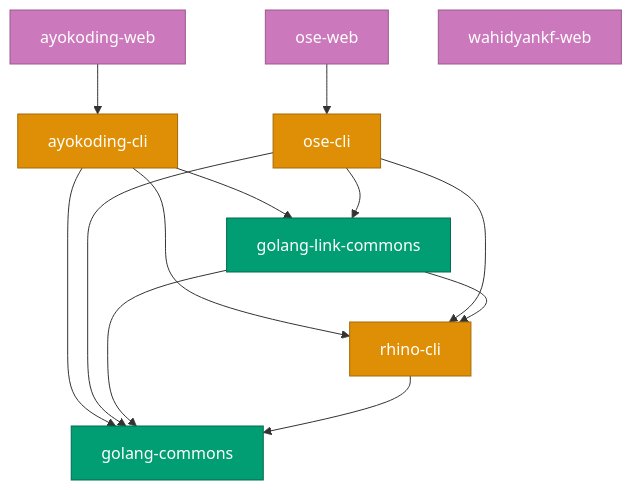
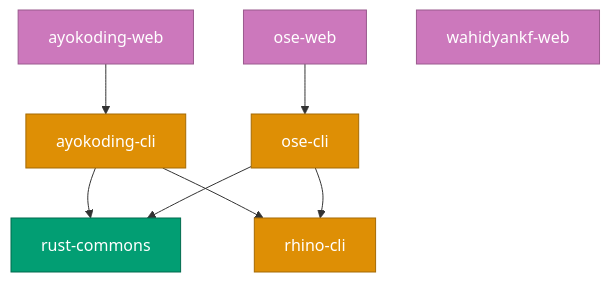
One commit to wahidyankf/baseerah changed the first of 2 diagrams in docs/reference/project-dependency-graph.md. Above: the diagram before and after it, drawn with Mermaid. The commit also changed other lines of this file and 20 other files, not shown here.

````diff
--- a/docs/reference/project-dependency-graph.md
+++ b/docs/reference/project-dependency-graph.md
@@ -57,41 +57,33 @@
 ```mermaid
 graph TD
   %% Content sites (top level)
   AKW[ayokoding-web]
   OPW[ose-web]
   WKF[wahidyankf-web]
 
   %% CLI tools
   AKC[ayokoding-cli]
   OPC[ose-cli]
   RC[rhino-cli]
 
-  %% Go libs (leaf / near-leaf)
-  HC[golang-link-commons]
-  GC[golang-commons]
+  %% Rust lib
+  RSC[rust-commons]
 
   %% Content site → CLI
   AKW --> AKC
   OPW --> OPC
 
   %% CLI → shared libs
-  AKC --> HC
+  AKC --> RSC
   AKC --> RC
-  AKC --> GC
-  OPC --> HC
+  OPC --> RSC
   OPC --> RC
-  OPC --> GC
-
-  %% Lib chain
-  HC --> RC
-  HC --> GC
-  RC --> GC
 
   classDef lib fill:#029E73,stroke:#016B4E,color:#FFFFFF
   classDef cli fill:#DE8F05,stroke:#A56A04,color:#FFFFFF
   classDef site fill:#CC78BC,stroke:#9A5A8E,color:#FFFFFF
 
-  class GC,HC lib
+  class RSC lib
   class RC,AKC,OPC cli
   class AKW,OPW,WKF site
 ```
````
